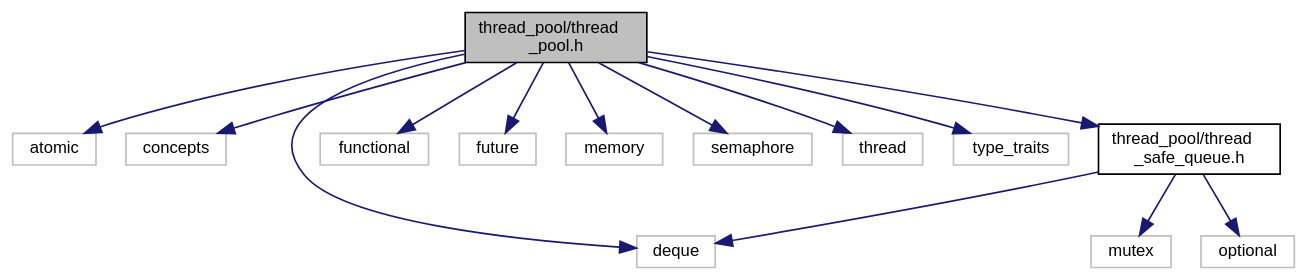
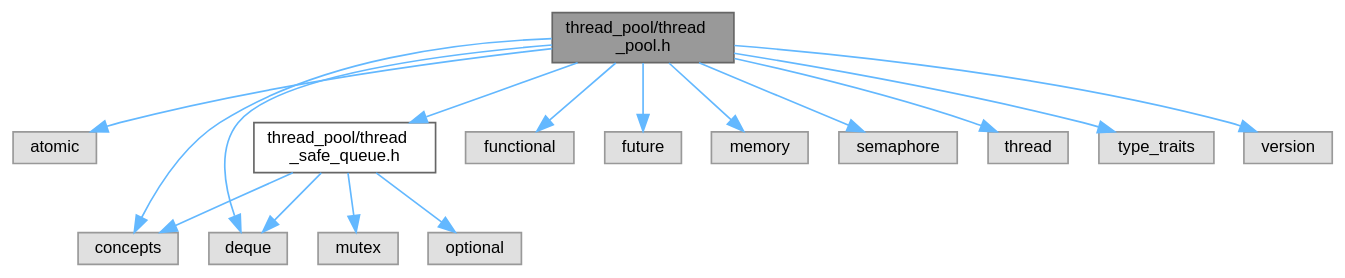
The diagram in d1/db4/thread__pool_8h__incl.dot (DeveloperPaul123/thread-pool), drawn with Graphviz before and after one commit. The commit also changed 101 other files, not shown here.

```diff
--- a/d1/db4/thread__pool_8h__incl.dot
+++ b/d1/db4/thread__pool_8h__incl.dot
@@ -1,33 +1,36 @@
 digraph "thread_pool/thread_pool.h"
 {
  // LATEX_PDF_SIZE
   bgcolor="transparent";
-  edge [fontname="Helvetica",fontsize="10",labelfontname="Helvetica",labelfontsize="10"];
-  node [fontname="Helvetica",fontsize="10",shape=record];
-  Node1 [label="thread_pool/thread\l_pool.h",height=0.2,width=0.4,color="black", fillcolor="grey75", style="filled", fontcolor="black",tooltip=" "];
-  Node1 -> Node2 [color="midnightblue",fontsize="10",style="solid",fontname="Helvetica"];
-  Node2 [label="atomic",height=0.2,width=0.4,color="grey75",tooltip=" "];
-  Node1 -> Node3 [color="midnightblue",fontsize="10",style="solid",fontname="Helvetica"];
-  Node3 [label="concepts",height=0.2,width=0.4,color="grey75",tooltip=" "];
-  Node1 -> Node4 [color="midnightblue",fontsize="10",style="solid",fontname="Helvetica"];
-  Node4 [label="deque",height=0.2,width=0.4,color="grey75",tooltip=" "];
-  Node1 -> Node5 [color="midnightblue",fontsize="10",style="solid",fontname="Helvetica"];
-  Node5 [label="functional",height=0.2,width=0.4,color="grey75",tooltip=" "];
-  Node1 -> Node6 [color="midnightblue",fontsize="10",style="solid",fontname="Helvetica"];
-  Node6 [label="future",height=0.2,width=0.4,color="grey75",tooltip=" "];
-  Node1 -> Node7 [color="midnightblue",fontsize="10",style="solid",fontname="Helvetica"];
-  Node7 [label="memory",height=0.2,width=0.4,color="grey75",tooltip=" "];
-  Node1 -> Node8 [color="midnightblue",fontsize="10",style="solid",fontname="Helvetica"];
-  Node8 [label="semaphore",height=0.2,width=0.4,color="grey75",tooltip=" "];
-  Node1 -> Node9 [color="midnightblue",fontsize="10",style="solid",fontname="Helvetica"];
-  Node9 [label="thread",height=0.2,width=0.4,color="grey75",tooltip=" "];
-  Node1 -> Node10 [color="midnightblue",fontsize="10",style="solid",fontname="Helvetica"];
-  Node10 [label="type_traits",height=0.2,width=0.4,color="grey75",tooltip=" "];
-  Node1 -> Node11 [color="midnightblue",fontsize="10",style="solid",fontname="Helvetica"];
-  Node11 [label="thread_pool/thread\l_safe_queue.h",height=0.2,width=0.4,color="black",URL="$dd/df9/thread__safe__queue_8h.html",tooltip=" "];
-  Node11 -> Node4 [color="midnightblue",fontsize="10",style="solid",fontname="Helvetica"];
-  Node11 -> Node12 [color="midnightblue",fontsize="10",style="solid",fontname="Helvetica"];
-  Node12 [label="mutex",height=0.2,width=0.4,color="grey75",tooltip=" "];
-  Node11 -> Node13 [color="midnightblue",fontsize="10",style="solid",fontname="Helvetica"];
-  Node13 [label="optional",height=0.2,width=0.4,color="grey75",tooltip=" "];
+  edge [fontname=Helvetica,fontsize=10,labelfontname=Helvetica,labelfontsize=10];
+  node [fontname=Helvetica,fontsize=10,shape=box,height=0.2,width=0.4];
+  Node1 [label="thread_pool/thread\l_pool.h",height=0.2,width=0.4,color="gray40", fillcolor="grey60", style="filled", fontcolor="black",tooltip=" "];
+  Node1 -> Node2 [color="steelblue1",style="solid"];
+  Node2 [label="atomic",height=0.2,width=0.4,color="grey60", fillcolor="#E0E0E0", style="filled",tooltip=" "];
+  Node1 -> Node3 [color="steelblue1",style="solid"];
+  Node3 [label="concepts",height=0.2,width=0.4,color="grey60", fillcolor="#E0E0E0", style="filled",tooltip=" "];
+  Node1 -> Node4 [color="steelblue1",style="solid"];
+  Node4 [label="deque",height=0.2,width=0.4,color="grey60", fillcolor="#E0E0E0", style="filled",tooltip=" "];
+  Node1 -> Node5 [color="steelblue1",style="solid"];
+  Node5 [label="functional",height=0.2,width=0.4,color="grey60", fillcolor="#E0E0E0", style="filled",tooltip=" "];
+  Node1 -> Node6 [color="steelblue1",style="solid"];
+  Node6 [label="future",height=0.2,width=0.4,color="grey60", fillcolor="#E0E0E0", style="filled",tooltip=" "];
+  Node1 -> Node7 [color="steelblue1",style="solid"];
+  Node7 [label="memory",height=0.2,width=0.4,color="grey60", fillcolor="#E0E0E0", style="filled",tooltip=" "];
+  Node1 -> Node8 [color="steelblue1",style="solid"];
+  Node8 [label="semaphore",height=0.2,width=0.4,color="grey60", fillcolor="#E0E0E0", style="filled",tooltip=" "];
+  Node1 -> Node9 [color="steelblue1",style="solid"];
+  Node9 [label="thread",height=0.2,width=0.4,color="grey60", fillcolor="#E0E0E0", style="filled",tooltip=" "];
+  Node1 -> Node10 [color="steelblue1",style="solid"];
+  Node10 [label="type_traits",height=0.2,width=0.4,color="grey60", fillcolor="#E0E0E0", style="filled",tooltip=" "];
+  Node1 -> Node11 [color="steelblue1",style="solid"];
+  Node11 [label="version",height=0.2,width=0.4,color="grey60", fillcolor="#E0E0E0", style="filled",tooltip=" "];
+  Node1 -> Node12 [color="steelblue1",style="solid"];
+  Node12 [label="thread_pool/thread\l_safe_queue.h",height=0.2,width=0.4,color="grey40", fillcolor="white", style="filled",URL="$dd/df9/thread__safe__queue_8h.html",tooltip=" "];
+  Node12 -> Node3 [color="steelblue1",style="solid"];
+  Node12 -> Node4 [color="steelblue1",style="solid"];
+  Node12 -> Node13 [color="steelblue1",style="solid"];
+  Node13 [label="mutex",height=0.2,width=0.4,color="grey60", fillcolor="#E0E0E0", style="filled",tooltip=" "];
+  Node12 -> Node14 [color="steelblue1",style="solid"];
+  Node14 [label="optional",height=0.2,width=0.4,color="grey60", fillcolor="#E0E0E0", style="filled",tooltip=" "];
 }
```
